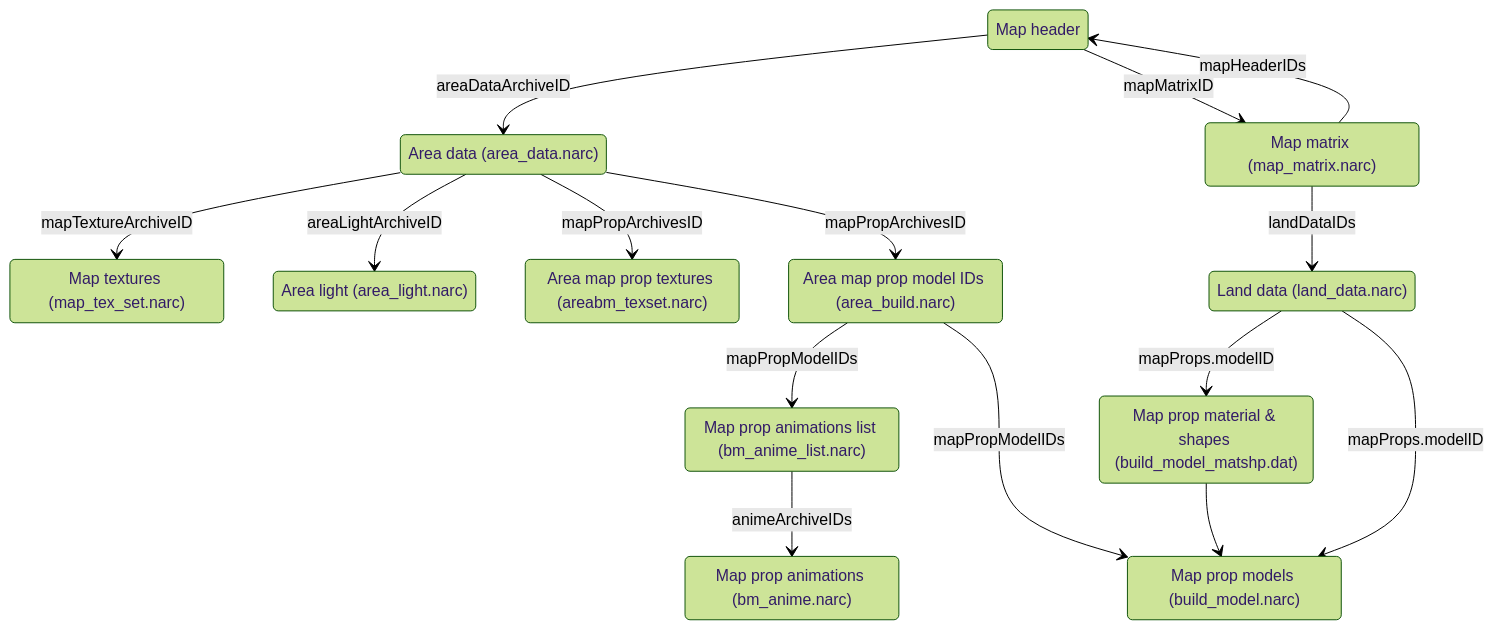
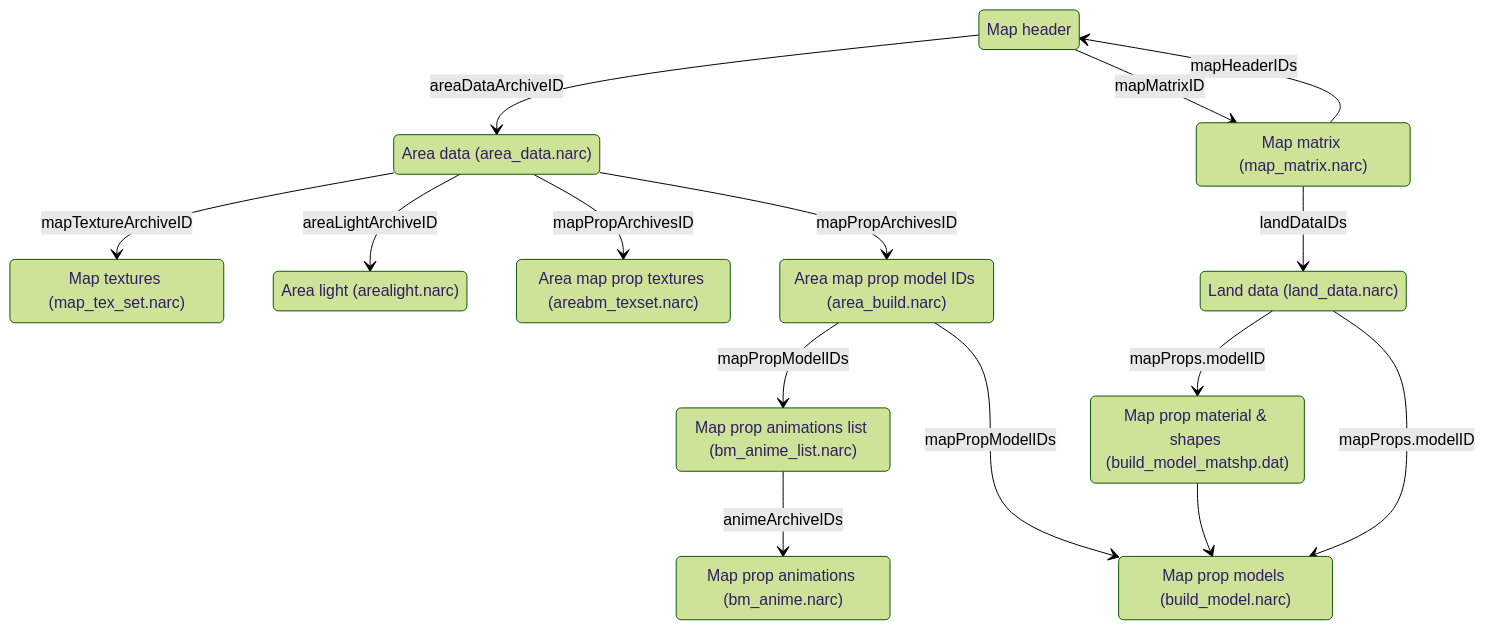
The diagram in docs/maps/file_format_specifications.md (pret/pokeplatinum), drawn with Mermaid (forest theme) before and after one commit. The commit also changed other lines of this file, not shown here.

First line of the commit message:
Small fixes in the area light Markdown doc

````diff
--- a/docs/maps/file_format_specifications.md
+++ b/docs/maps/file_format_specifications.md
@@ -12,36 +12,36 @@
 ```mermaid
 stateDiagram-v2
     state "Map header" as map_header
     state "Area data (area_data.narc)" as area_data
     state "Map matrix (map_matrix.narc)" as map_matrix
     state "Land data (land_data.narc)" as land_data
     state "Area map prop model IDs (area_build.narc)" as area_build
     state "Area map prop textures (areabm_texset.narc)" as areabm_texset
     state "Map textures (map_tex_set.narc)" as map_tex_set
-    state "Area light (area_light.narc)" as area_light
+    state "Area light (arealight.narc)" as area_light
     state "Map prop material & shapes (build_model_matshp.dat)" as build_model_matshp
     state "Map prop models (build_model.narc)" as build_model
     state "Map prop animations (bm_anime.narc)" as bm_anime
     state "Map prop animations list (bm_anime_list.narc)" as bm_anime_list
 
     map_header --> area_data : areaDataArchiveID
     map_header --> map_matrix : mapMatrixID
 
     area_data --> map_tex_set : mapTextureArchiveID
     area_data --> area_light : areaLightArchiveID
     area_data --> areabm_texset : mapPropArchivesID
     area_data --> area_build : mapPropArchivesID
 
     map_matrix --> map_header : mapHeaderIDs
     map_matrix --> land_data : landDataIDs
 
     area_build --> bm_anime_list : mapPropModelIDs
     area_build --> build_model : mapPropModelIDs
 
     land_data --> build_model_matshp : mapProps.modelID
     land_data --> build_model : mapProps.modelID
 
     build_model_matshp --> build_model
 
     bm_anime_list --> bm_anime : animeArchiveIDs
 ```
````
